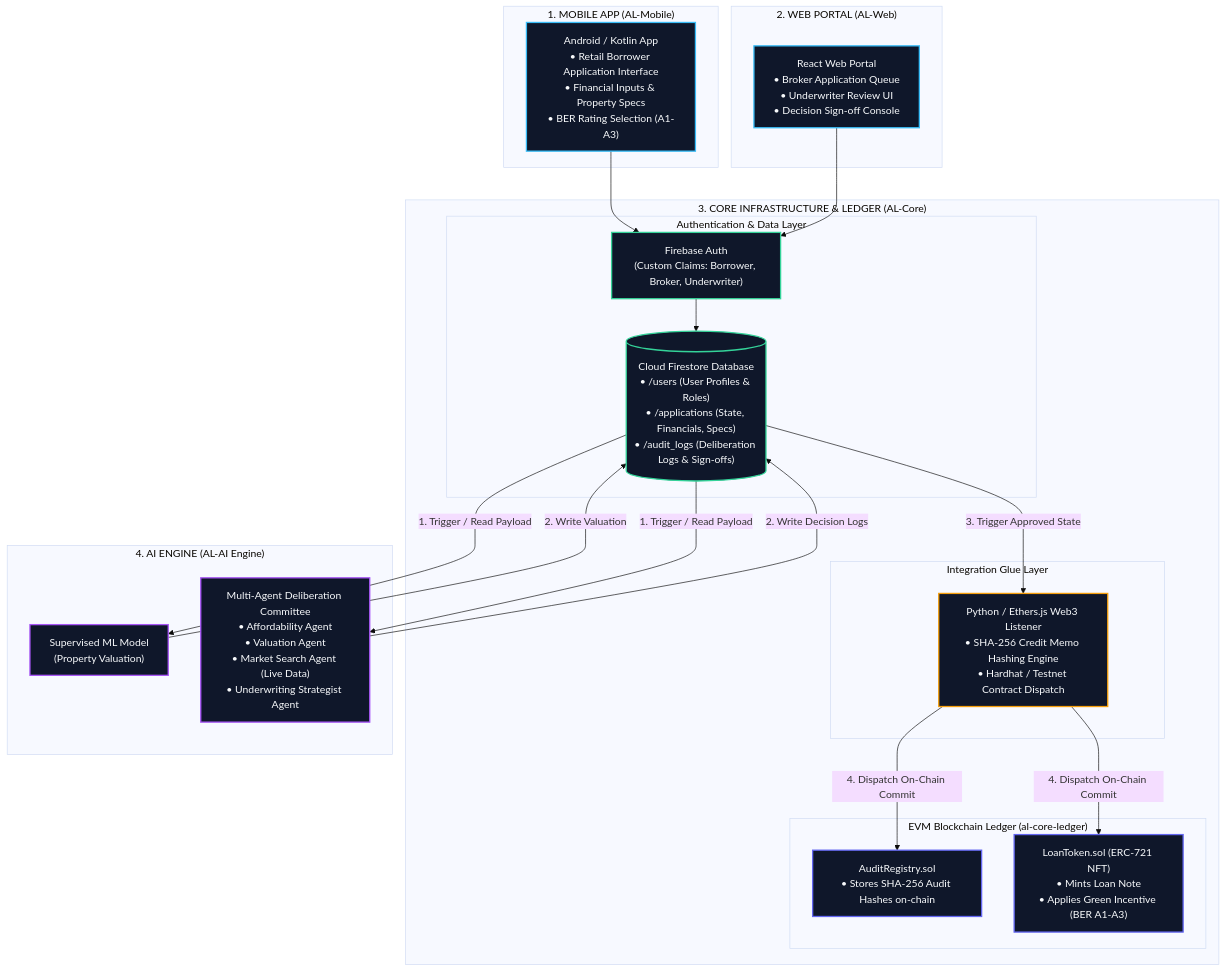
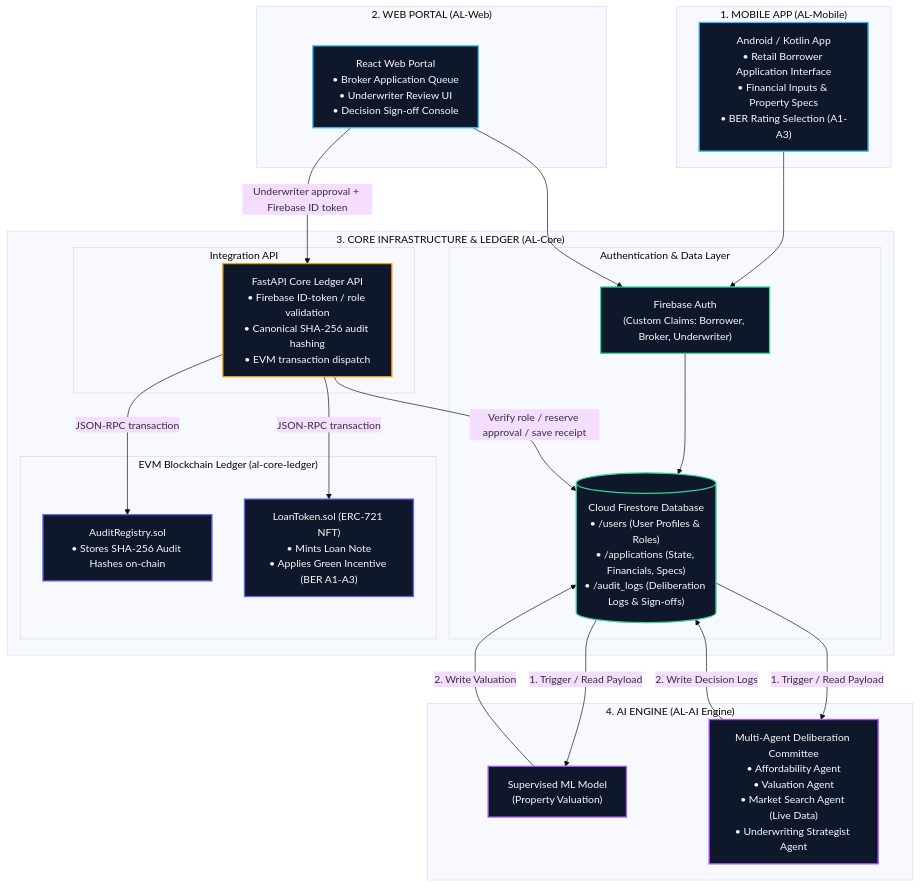
One commit to aalvaro147/agentic-lender changed the diagram in README.md. Above: the diagram before and after it, drawn with Mermaid (base theme). The commit also changed other lines of this file and 29 other files, not shown here.

First line of the commit message:
feat(core): add authenticated ledger integration and team guide

````diff
--- a/README.md
+++ b/README.md
@@ -43,59 +43,60 @@
 ```mermaid
 graph TD
     classDef mobile fill:#0f172a,stroke:#38bdf8,stroke-width:2px,color:#f8fafc
     classDef web fill:#0f172a,stroke:#38bdf8,stroke-width:2px,color:#f8fafc
     classDef auth fill:#0f172a,stroke:#34d399,stroke-width:2px,color:#f8fafc
     classDef ai fill:#0f172a,stroke:#a855f7,stroke-width:2px,color:#f8fafc
     classDef glue fill:#0f172a,stroke:#f59e0b,stroke-width:2px,color:#f8fafc
     classDef ledger fill:#0f172a,stroke:#6366f1,stroke-width:2px,color:#f8fafc
 
 
     %% 1. MOBILE APP MODULE
     subgraph MODULE_MOBILE ["1. MOBILE APP (AL-Mobile)"]
         MobileApp["Android / Kotlin App<br/>• Retail Borrower Application Interface<br/>• Financial Inputs & Property Specs<br/>• BER Rating Selection (A1-A3)"]:::mobile
     end
 
     %% 2. WEB PORTAL MODULE
     subgraph MODULE_WEB ["2. WEB PORTAL (AL-Web)"]
         WebPortal["React Web Portal<br/>• Broker Application Queue<br/>• Underwriter Review UI<br/>• Decision Sign-off Console"]:::web
     end
 
     %% 3. CORE INFRASTRUCTURE (AL-Core)
     subgraph MODULE_CORE ["3. CORE INFRASTRUCTURE & LEDGER (AL-Core)"]
         
         subgraph AUTH ["Authentication & Data Layer"]
             FirebaseAuth["Firebase Auth<br/>(Custom Claims: Borrower, Broker, Underwriter)"]:::auth
             Firestore[("Cloud Firestore Database<br/>• /users (User Profiles & Roles)<br/>• /applications (State, Financials, Specs)<br/>• /audit_logs (Deliberation Logs & Sign-offs)")]:::auth
         end
 
-        subgraph GLUE ["Integration Glue Layer"]
-            Listener["Python / Ethers.js Web3 Listener<br/>• SHA-256 Credit Memo Hashing Engine<br/>• Hardhat / Testnet Contract Dispatch"]:::glue
+        subgraph GLUE ["Integration API"]
+            Listener["FastAPI Core Ledger API<br/>• Firebase ID-token / role validation<br/>• Canonical SHA-256 audit hashing<br/>• EVM transaction dispatch"]:::glue
         end
 
         subgraph LEDGER ["EVM Blockchain Ledger (al-core-ledger)"]
             AuditContract["AuditRegistry.sol<br/>• Stores SHA-256 Audit Hashes on-chain"]:::ledger
             LoanContract["LoanToken.sol (ERC-721 NFT)<br/>• Mints Loan Note<br/>• Applies Green Incentive (BER A1-A3)"]:::ledger
         end
 
     end
 
     %% 4. AI ENGINE MODULE
     subgraph MODULE_AI ["4. AI ENGINE (AL-AI Engine)"]
         ML["Supervised ML Model<br/>(Property Valuation)"]:::ai
         Agents["Multi-Agent Deliberation Committee<br/>• Affordability Agent<br/>• Valuation Agent<br/>• Market Search Agent (Live Data)<br/>• Underwriting Strategist Agent"]:::ai
     end
 
     %% Conexiones entre Módulos
     MobileApp --> FirebaseAuth
     WebPortal --> FirebaseAuth
     FirebaseAuth --> Firestore
 
     Firestore -- "1. Trigger / Read Payload" --> ML
     Firestore -- "1. Trigger / Read Payload" --> Agents
     ML -- "2. Write Valuation" --> Firestore
     Agents -- "2. Write Decision Logs" --> Firestore
 
-    Firestore -- "3. Trigger Approved State" --> Listener
-    Listener -- "4. Dispatch On-Chain Commit" --> AuditContract
-    Listener -- "4. Dispatch On-Chain Commit" --> LoanContract
+    WebPortal -- "Underwriter approval + Firebase ID token" --> Listener
+    Listener -- "Verify role / reserve approval / save receipt" --> Firestore
+    Listener -- "JSON-RPC transaction" --> AuditContract
+    Listener -- "JSON-RPC transaction" --> LoanContract
 ```
````
